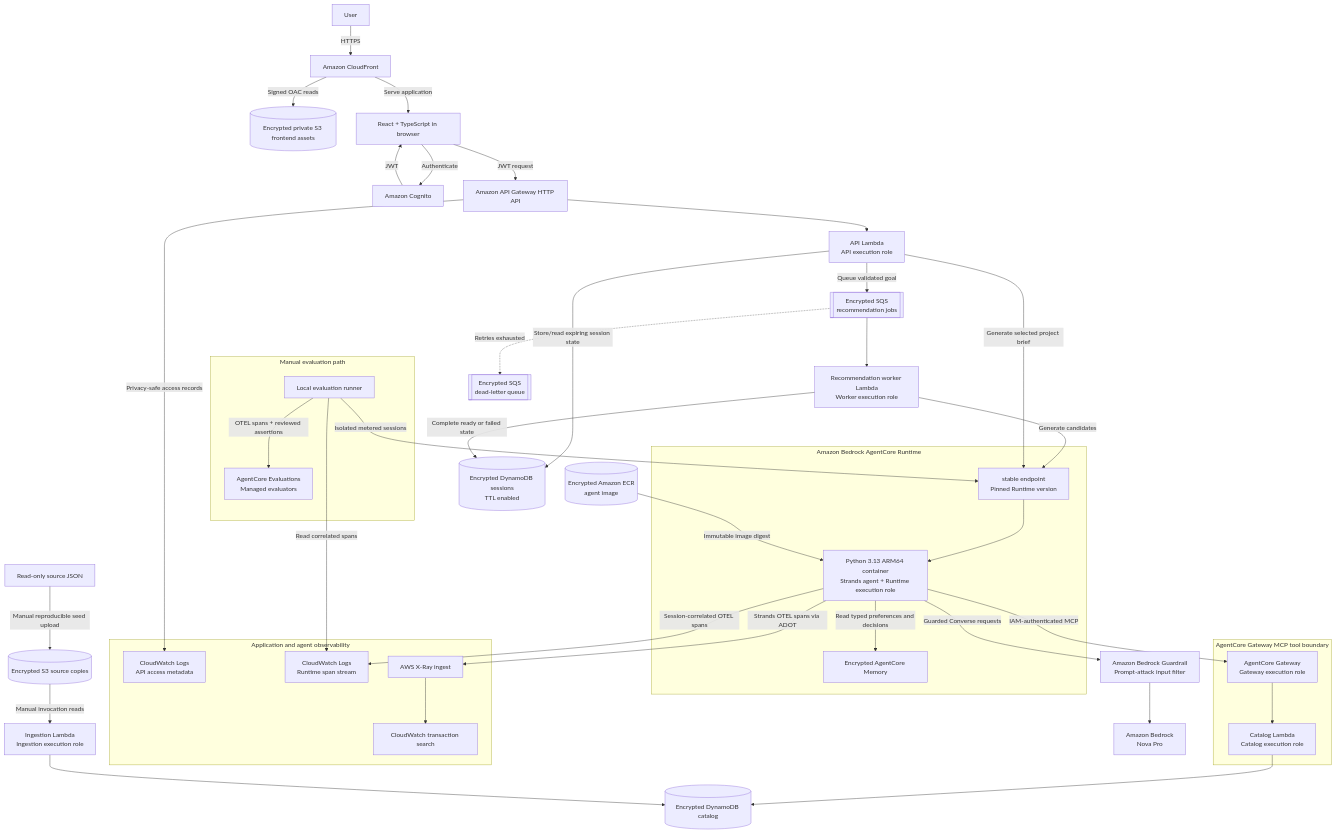
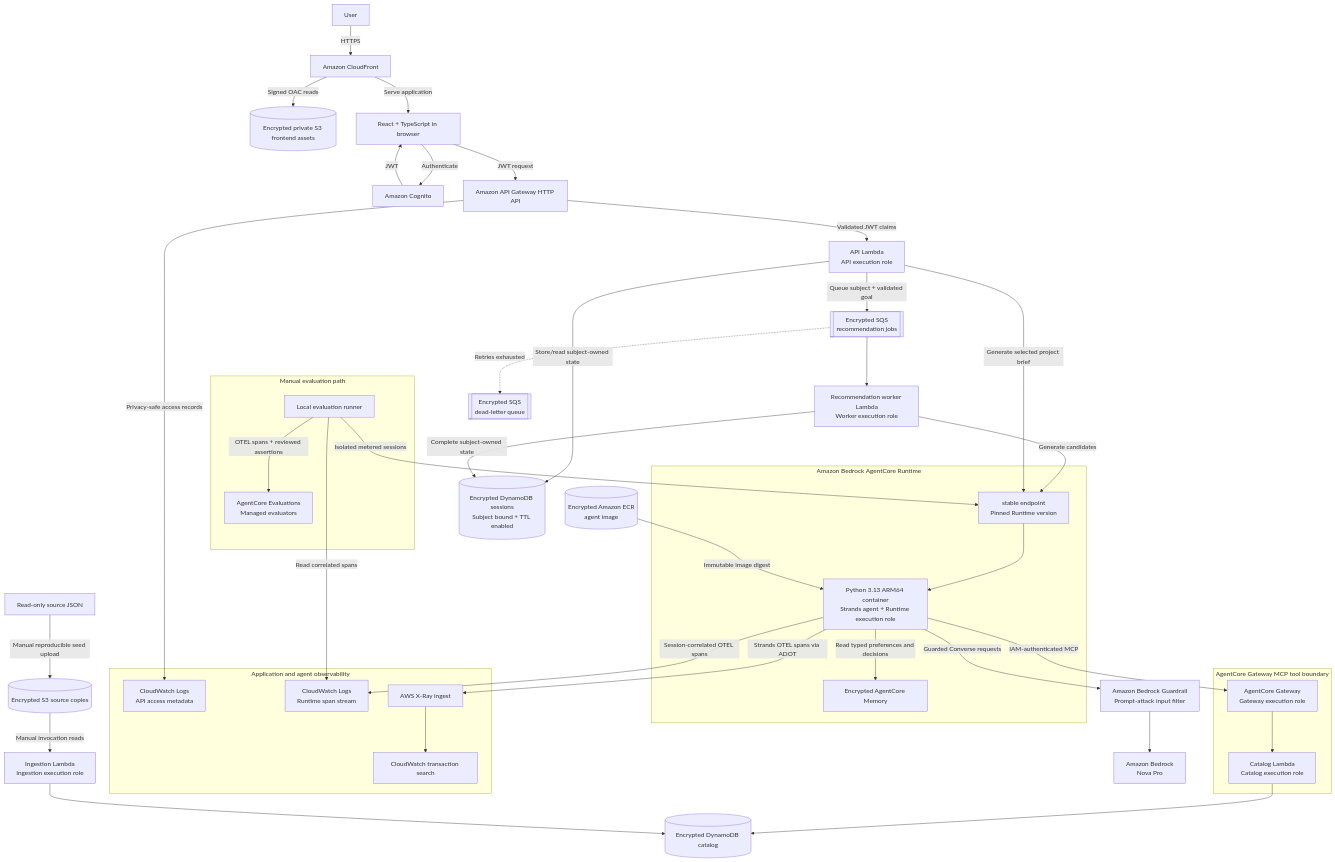
Before and after one commit to barrettotte/praxis: the diagram in README.md, drawn with Mermaid. The commit also changed other lines of this file and 34 other files, not shown here.

````diff
--- a/README.md
+++ b/README.md
@@ -12,63 +12,63 @@
 ```mermaid
 flowchart TD
     user[User] -->|HTTPS| edge[Amazon CloudFront]
     edge -->|Signed OAC reads| frontendAssets[(Encrypted private S3 frontend assets)]
     edge -->|Serve application| ui[React + TypeScript in browser]
     ui -->|Authenticate| cognito[Amazon Cognito]
     cognito -->|JWT| ui
     ui -->|JWT request| apiGateway[Amazon API Gateway HTTP API]
-    apiGateway --> apiLambda[API Lambda<br/>API execution role]
-    apiLambda -->|Store/read expiring session state| sessions[(Encrypted DynamoDB sessions<br/>TTL enabled)]
-    apiLambda -->|Queue validated goal| jobs[[Encrypted SQS<br/>recommendation jobs]]
+    apiGateway -->|Validated JWT claims| apiLambda[API Lambda<br/>API execution role]
+    apiLambda -->|Store/read subject-owned state| sessions[(Encrypted DynamoDB sessions<br/>Subject bound + TTL enabled)]
+    apiLambda -->|Queue subject + validated goal| jobs[[Encrypted SQS<br/>recommendation jobs]]
     jobs --> worker[Recommendation worker Lambda<br/>Worker execution role]
     jobs -.->|Retries exhausted| deadLetter[[Encrypted SQS<br/>dead-letter queue]]
-    worker -->|Complete ready or failed state| sessions
+    worker -->|Complete subject-owned state| sessions
 
     subgraph runtime[Amazon Bedrock AgentCore Runtime]
         runtimeEndpoint[stable endpoint<br/>Pinned Runtime version]
         agent[Python 3.13 ARM64 container<br/>Strands agent + Runtime execution role]
         memory[Encrypted AgentCore Memory]
         runtimeEndpoint --> agent
         agent -->|Read typed preferences and decisions| memory
     end
 
     worker -->|Generate candidates| runtimeEndpoint
     apiLambda -->|Generate selected project brief| runtimeEndpoint
     agent -->|Guarded Converse requests| guardrail[Amazon Bedrock Guardrail<br/>Prompt-attack input filter]
     guardrail --> bedrock[Amazon Bedrock<br/>Nova Pro]
     agentImage[(Encrypted Amazon ECR<br/>agent image)] -->|Immutable image digest| agent
 
     subgraph observability[Application and agent observability]
         apiAccessLogs[CloudWatch Logs<br/>API access metadata]
         runtimeSpans[CloudWatch Logs<br/>Runtime span stream]
         xray[AWS X-Ray ingest]
         cloudwatch[CloudWatch transaction search]
         xray --> cloudwatch
     end
 
     apiGateway -->|Privacy-safe access records| apiAccessLogs
     agent -->|Strands OTEL spans via ADOT| xray
     agent -->|Session-correlated OTEL spans| runtimeSpans
 
     subgraph evaluation[Manual evaluation path]
         evalRunner[Local evaluation runner]
         managedEvaluators[AgentCore Evaluations<br/>Managed evaluators]
         evalRunner -->|OTEL spans + reviewed assertions| managedEvaluators
     end
 
     evalRunner -->|Isolated metered sessions| runtimeEndpoint
     evalRunner -->|Read correlated spans| runtimeSpans
 
     subgraph tools[AgentCore Gateway MCP tool boundary]
         gateway[AgentCore Gateway<br/>Gateway execution role]
         catalogLambda[Catalog Lambda<br/>Catalog execution role]
         gateway --> catalogLambda
     end
 
     agent -->|IAM-authenticated MCP| gateway
     catalogLambda --> catalog[(Encrypted DynamoDB catalog)]
 
     sources[Read-only source JSON] -->|Manual reproducible seed upload| sourceBucket[(Encrypted S3 source copies)]
     sourceBucket -->|Manual invocation reads| ingestion[Ingestion Lambda<br/>Ingestion execution role]
     ingestion --> catalog
 ```
````
